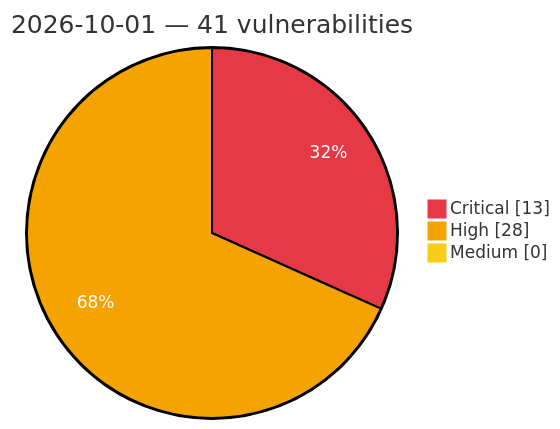
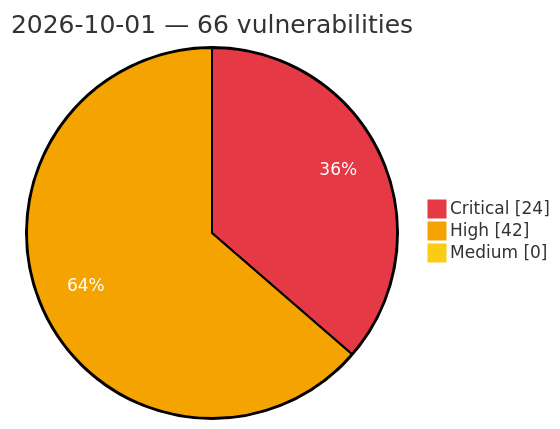
The diagram in vulnerabilities/2026/October/2026-10-01.md (GhostX0X/vuln-tracker), drawn with Mermaid before and after one commit. The commit also changed other lines of this file and 5 other files, not shown here.

Commit message:
Auto update: critical/high vulns (2026-10-01 20:58 UTC)

````diff
--- a/vulnerabilities/2026/October/2026-10-01.md
+++ b/vulnerabilities/2026/October/2026-10-01.md
@@ -3,8 +3,8 @@
 ```mermaid
 %%{init: {'theme':'base', 'themeVariables': {'pie1':'#e63946', 'pie2':'#f4a300', 'pie3':'#facc15', 'pieOpacity':'1', 'pieOuterStrokeWidth':'2px', 'pieSectionTextColor':'#ffffff'}}}%%
 pie showData
-    title 2026-10-01 — 41 vulnerabilities
-    "Critical" : 13
-    "High" : 28
+    title 2026-10-01 — 66 vulnerabilities
+    "Critical" : 24
+    "High" : 42
     "Medium" : 0
 ```
````
